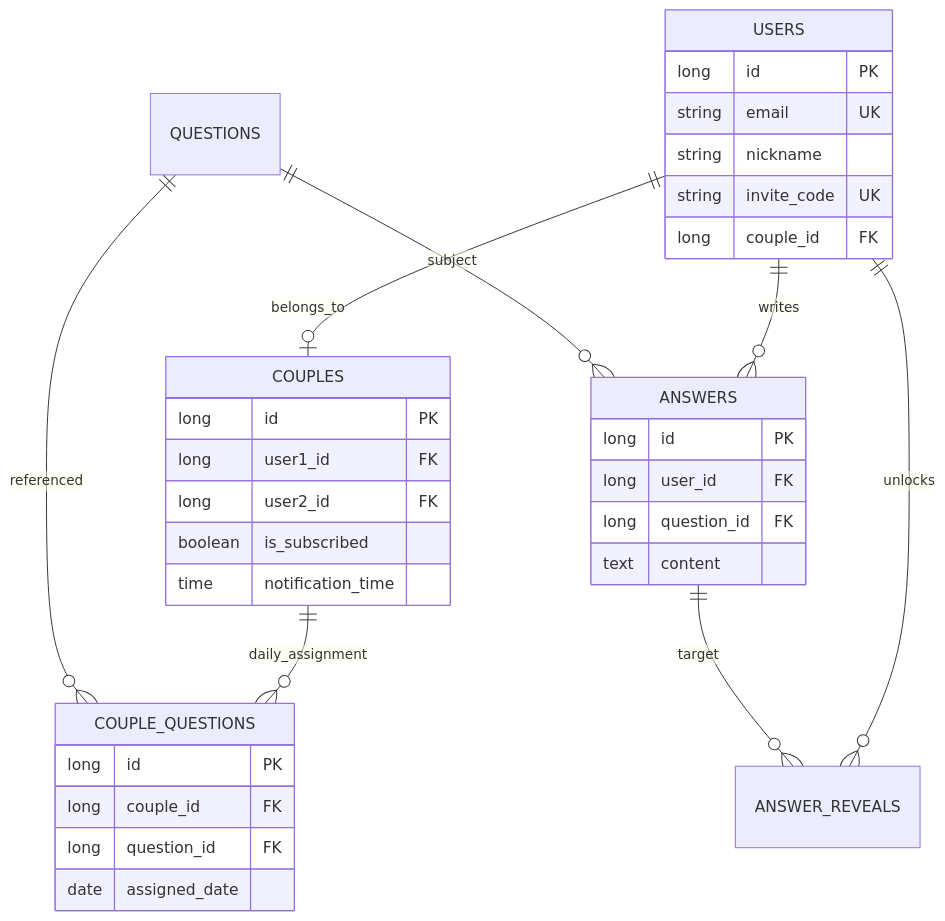
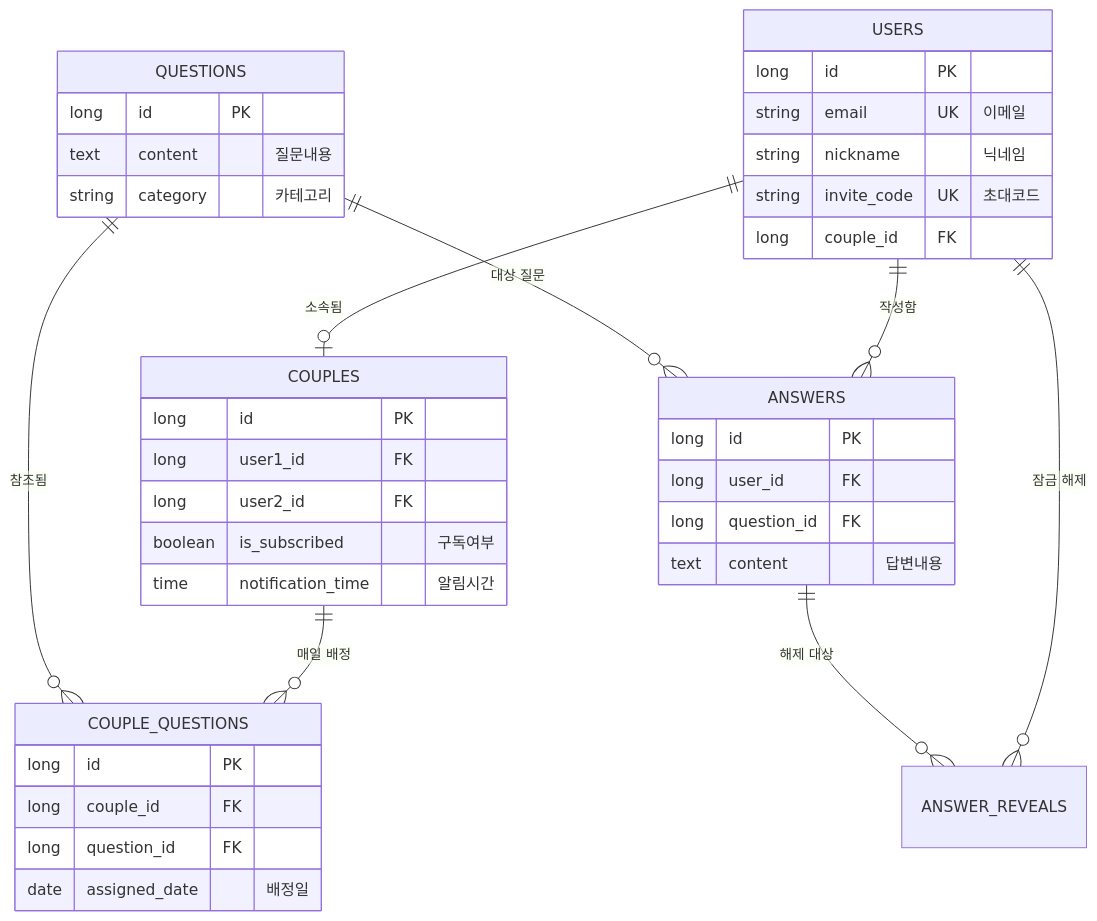
Before and after one commit to un-lock/unlock-backend: the diagram in README.md, drawn with Mermaid. The commit also changed other lines of this file, not shown here.

````diff
--- a/README.md
+++ b/README.md
@@ -60,37 +60,42 @@
 ```mermaid
 erDiagram
-    USERS ||--o| COUPLES : "belongs_to"
-    COUPLES ||--o{ COUPLE_QUESTIONS : "daily_assignment"
-    QUESTIONS ||--o{ COUPLE_QUESTIONS : "referenced"
-    USERS ||--o{ ANSWERS : "writes"
-    QUESTIONS ||--o{ ANSWERS : "subject"
-    USERS ||--o{ ANSWER_REVEALS : "unlocks"
-    ANSWERS ||--o{ ANSWER_REVEALS : "target"
+    USERS ||--o| COUPLES : "소속됨"
+    COUPLES ||--o{ COUPLE_QUESTIONS : "매일 배정"
+    QUESTIONS ||--o{ COUPLE_QUESTIONS : "참조됨"
+    USERS ||--o{ ANSWERS : "작성함"
+    QUESTIONS ||--o{ ANSWERS : "대상 질문"
+    USERS ||--o{ ANSWER_REVEALS : "잠금 해제"
+    ANSWERS ||--o{ ANSWER_REVEALS : "해제 대상"
 
     USERS {
         long id PK
-        string email UK
-        string nickname
-        string invite_code UK
+        string email UK "이메일"
+        string nickname "닉네임"
+        string invite_code UK "초대코드"
         long couple_id FK
     }
     COUPLES {
         long id PK
         long user1_id FK
         long user2_id FK
-        boolean is_subscribed
-        time notification_time
+        boolean is_subscribed "구독여부"
+        time notification_time "알림시간"
+    }
+    QUESTIONS {
+        long id PK
+        text content "질문내용"
+        string category "카테고리"
     }
     COUPLE_QUESTIONS {
         long id PK
         long couple_id FK
         long question_id FK
-        date assigned_date
+        date assigned_date "배정일"
     }
     ANSWERS {
         long id PK
         long user_id FK
         long question_id FK
-        text content
+        text content "답변내용"
     }
 ```
````
